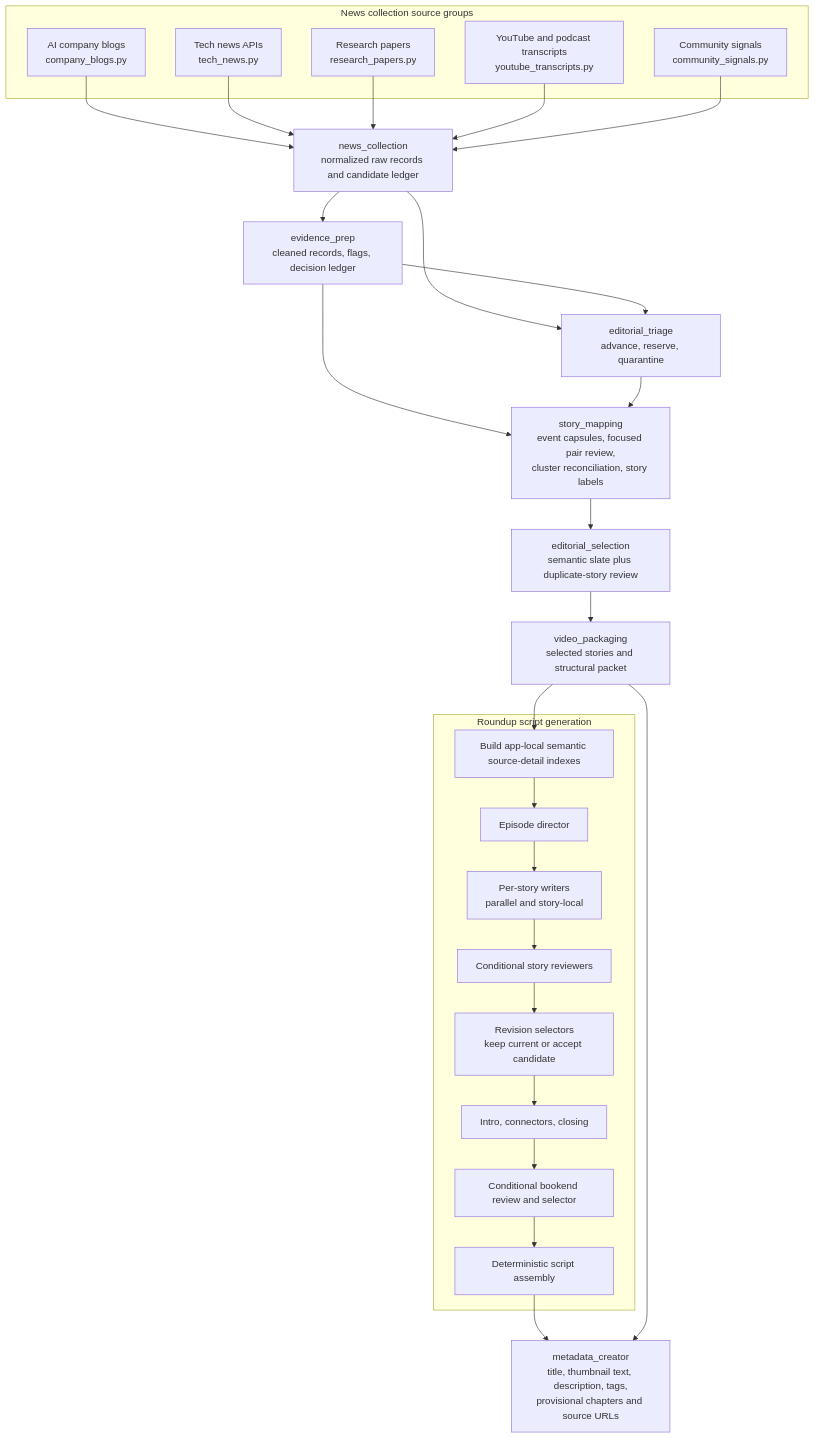
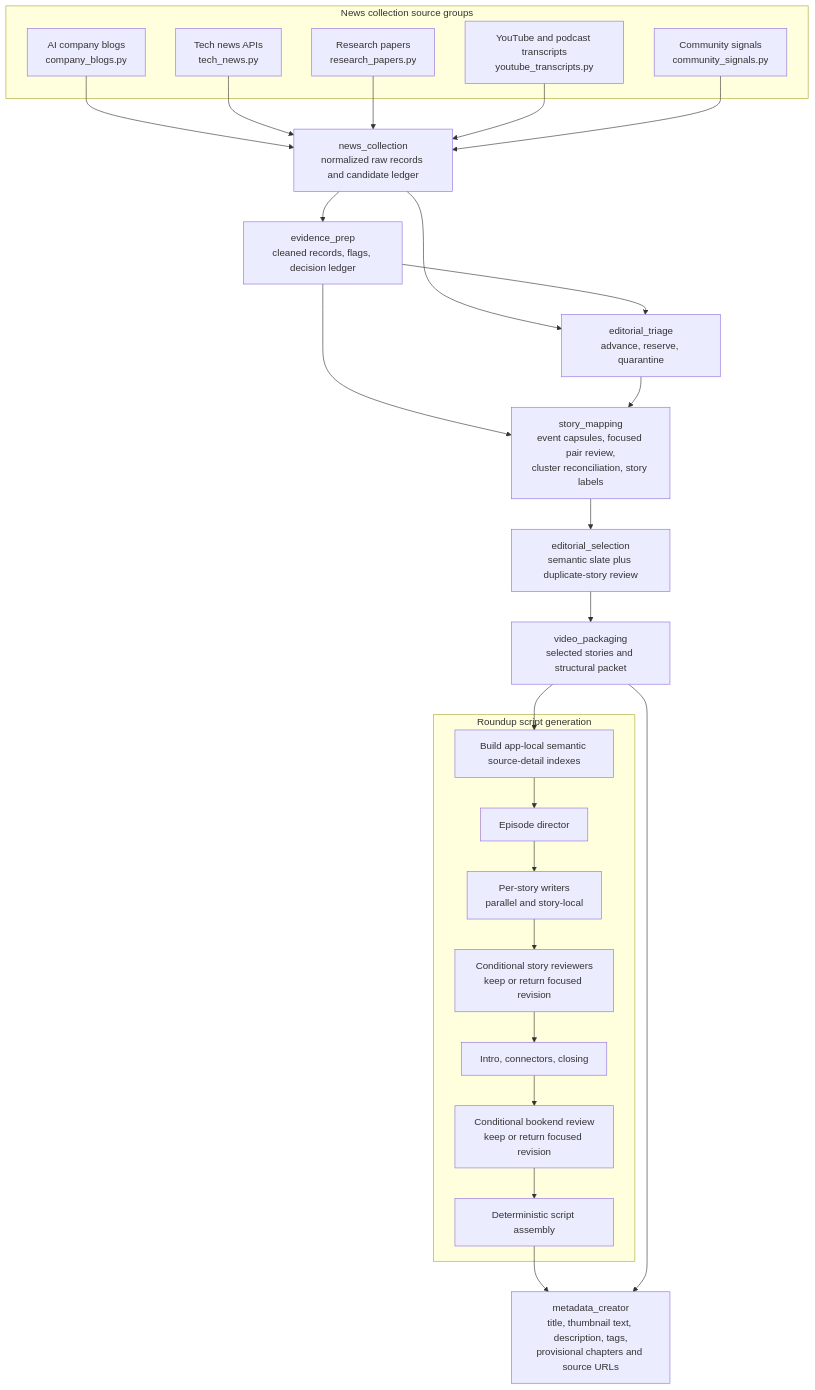
One commit to Eswar021/ai-news-pipeline changed the third of 7 diagrams in docs/current_system_architecture.md. Above: the diagram before and after it, drawn with Mermaid. The commit also changed other lines of this file and 68 other files, not shown here.

````diff
--- a/docs/current_system_architecture.md
+++ b/docs/current_system_architecture.md
@@ -180,45 +180,44 @@
 ```mermaid
 flowchart TD
     subgraph collectors[News collection source groups]
         blogs[AI company blogs<br/>company_blogs.py]
         news[Tech news APIs<br/>tech_news.py]
         papers[Research papers<br/>research_papers.py]
         youtube[YouTube and podcast transcripts<br/>youtube_transcripts.py]
         community[Community signals<br/>community_signals.py]
     end
 
     collection[news_collection<br/>normalized raw records and candidate ledger]
     evidence[evidence_prep<br/>cleaned records, flags, decision ledger]
     triage[editorial_triage<br/>advance, reserve, quarantine]
     mapping[story_mapping<br/>event capsules, focused pair review,<br/>cluster reconciliation, story labels]
     selection[editorial_selection<br/>semantic slate plus duplicate-story review]
     packaging[video_packaging<br/>selected stories and structural packet]
 
     subgraph writing[Roundup script generation]
         truth[Build app-local semantic source-detail indexes]
         director[Episode director]
         writers[Per-story writers<br/>parallel and story-local]
-        review[Conditional story reviewers]
-        choose[Revision selectors<br/>keep current or accept candidate]
+        review[Conditional story reviewers<br/>keep or return focused revision]
         bookends[Intro, connectors, closing]
-        bookendReview[Conditional bookend review and selector]
+        bookendReview[Conditional bookend review<br/>keep or return focused revision]
         assembly[Deterministic script assembly]
-        truth --> director --> writers --> review --> choose --> bookends --> bookendReview --> assembly
+        truth --> director --> writers --> review --> bookends --> bookendReview --> assembly
     end
 
     metadata[metadata_creator<br/>title, thumbnail text, description, tags,<br/>provisional chapters and source URLs]
 
     blogs --> collection
     news --> collection
     papers --> collection
     youtube --> collection
     community --> collection
     collection --> evidence
     collection --> triage
     evidence --> triage
     evidence --> mapping
     triage --> mapping
     mapping --> selection --> packaging --> truth
     assembly --> metadata
     packaging --> metadata
 ```
````
